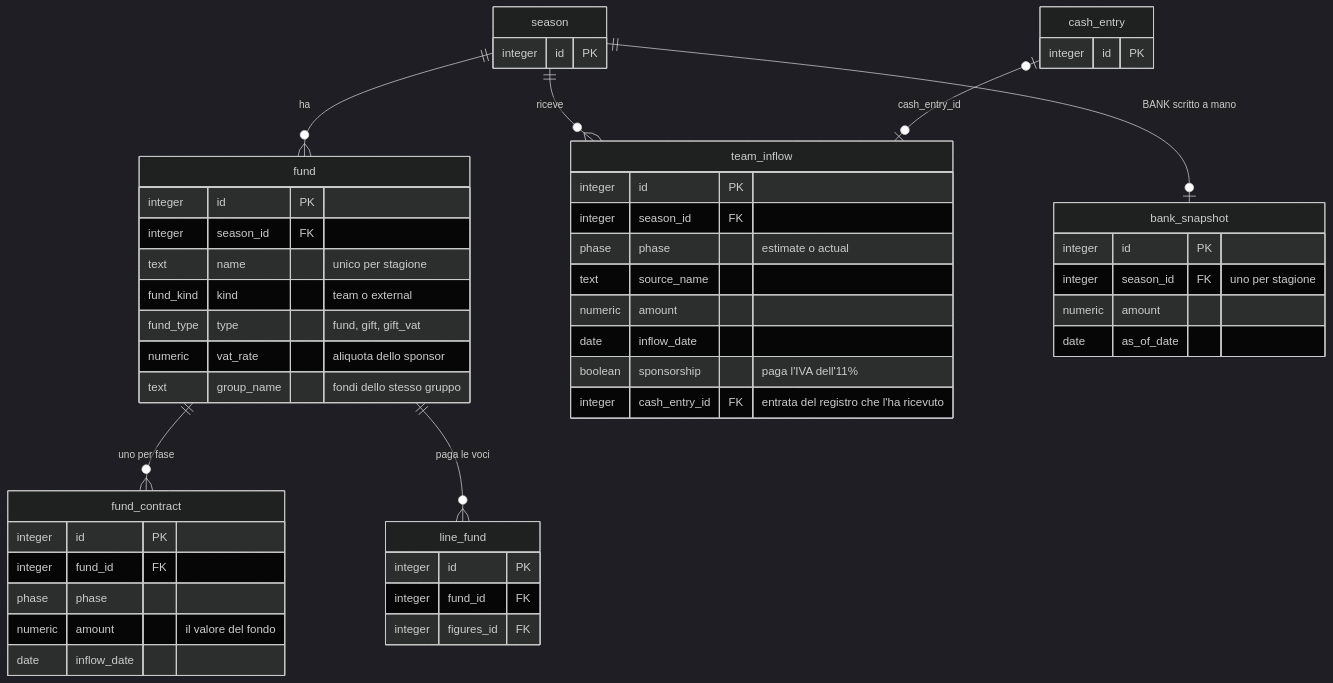
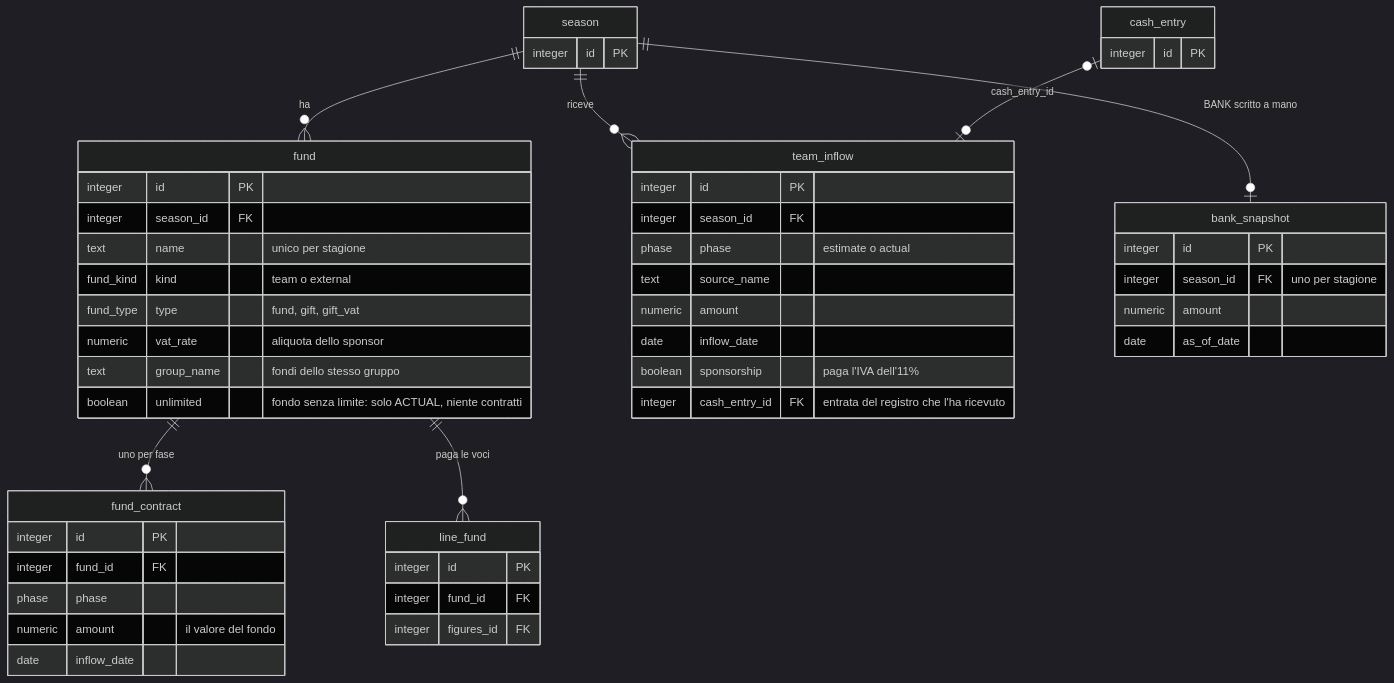
The third of 6 diagrams in docs/schema-database.md (KevinRomanello/Simple-configurable-ERP), drawn with Mermaid (dark theme) before and after one commit. The commit also changed other lines of this file and 30 other files, not shown here.

````diff
--- a/docs/schema-database.md
+++ b/docs/schema-database.md
@@ -131,53 +131,54 @@
 ```mermaid
 erDiagram
   season {
     integer id PK
   }
   fund {
     integer id PK
     integer season_id FK
     text name "unico per stagione"
     fund_kind kind "team o external"
     fund_type type "fund, gift, gift_vat"
     numeric vat_rate "aliquota dello sponsor"
     text group_name "fondi dello stesso gruppo"
+    boolean unlimited "fondo senza limite: solo ACTUAL, niente contratti"
   }
   fund_contract {
     integer id PK
     integer fund_id FK
     phase phase
     numeric amount "il valore del fondo"
     date inflow_date
   }
   line_fund {
     integer id PK
     integer fund_id FK
     integer figures_id FK
   }
   team_inflow {
     integer id PK
     integer season_id FK
     phase phase "estimate o actual"
     text source_name
     numeric amount
     date inflow_date
     boolean sponsorship "paga l'IVA dell'11%"
     integer cash_entry_id FK "entrata del registro che l'ha ricevuto"
   }
   bank_snapshot {
     integer id PK
     integer season_id FK "uno per stagione"
     numeric amount
     date as_of_date
   }
   cash_entry {
     integer id PK
   }
 
   season ||--o{ fund : "ha"
   fund ||--o{ fund_contract : "uno per fase"
   fund ||--o{ line_fund : "paga le voci"
   season ||--o{ team_inflow : "riceve"
   season ||--o| bank_snapshot : "BANK scritto a mano"
   cash_entry |o--o| team_inflow : "cash_entry_id"
 ```
````
